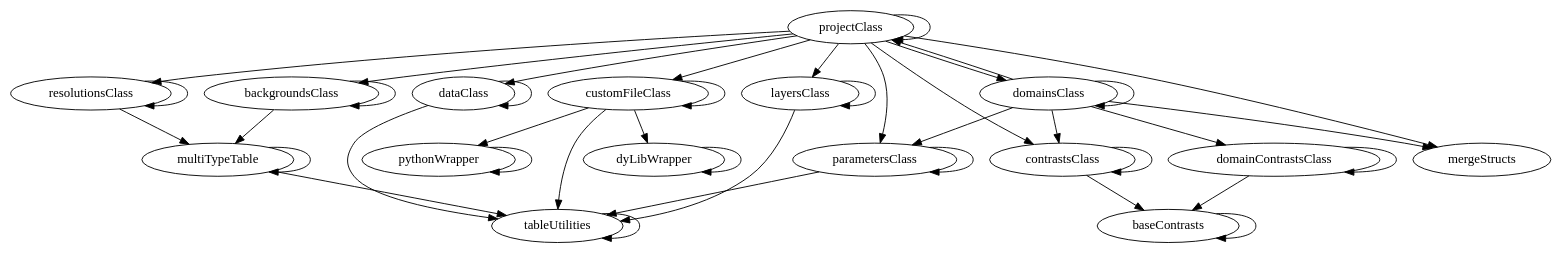
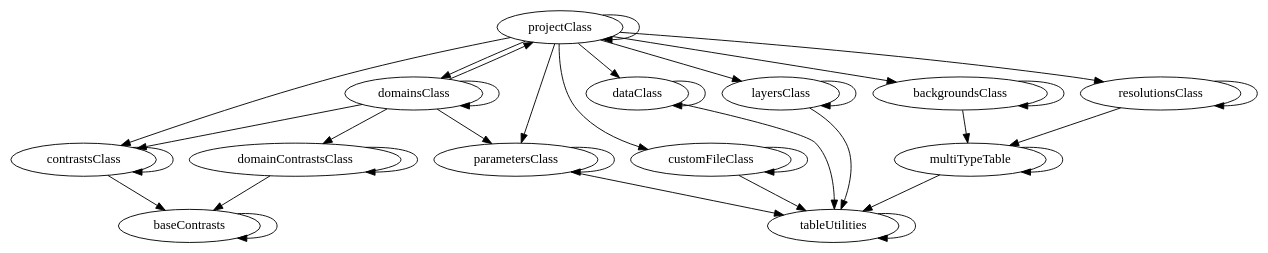
The diagram in master/api_reference/API/projectClass/graph.dot (RascalSoftware/RAT), drawn with Graphviz before and after one commit. The commit also changed 381 other files, not shown here.

```diff
--- a/master/api_reference/API/projectClass/graph.dot
+++ b/master/api_reference/API/projectClass/graph.dot
@@ -1,60 +1,51 @@
 /* Created by mdot for Matlab */
 digraph m2html {
   backgroundsClass -> backgroundsClass;
   backgroundsClass -> multiTypeTable;
   baseContrasts -> baseContrasts;
   contrastsClass -> baseContrasts;
   contrastsClass -> contrastsClass;
   customFileClass -> customFileClass;
-  customFileClass -> dyLibWrapper;
-  customFileClass -> pythonWrapper;
   customFileClass -> tableUtilities;
   dataClass -> dataClass;
   dataClass -> tableUtilities;
   domainContrastsClass -> baseContrasts;
   domainContrastsClass -> domainContrastsClass;
   domainsClass -> contrastsClass;
   domainsClass -> domainContrastsClass;
   domainsClass -> domainsClass;
-  domainsClass -> mergeStructs;
   domainsClass -> parametersClass;
   domainsClass -> projectClass;
-  dyLibWrapper -> dyLibWrapper;
   layersClass -> layersClass;
   layersClass -> tableUtilities;
   multiTypeTable -> multiTypeTable;
   multiTypeTable -> tableUtilities;
   parametersClass -> parametersClass;
   parametersClass -> tableUtilities;
   projectClass -> backgroundsClass;
   projectClass -> contrastsClass;
   projectClass -> customFileClass;
   projectClass -> dataClass;
   projectClass -> domainsClass;
   projectClass -> layersClass;
-  projectClass -> mergeStructs;
   projectClass -> parametersClass;
   projectClass -> projectClass;
   projectClass -> resolutionsClass;
-  pythonWrapper -> pythonWrapper;
   resolutionsClass -> multiTypeTable;
   resolutionsClass -> resolutionsClass;
   tableUtilities -> tableUtilities;
 
   backgroundsClass [URL="backgroundsClass.html"];
   baseContrasts [URL="baseContrasts.html"];
   contrastsClass [URL="contrastsClass.html"];
   customFileClass [URL="customFileClass.html"];
   dataClass [URL="dataClass.html"];
   domainContrastsClass [URL="domainContrastsClass.html"];
   domainsClass [URL="domainsClass.html"];
-  dyLibWrapper [URL="dyLibWrapper.html"];
   layersClass [URL="layersClass.html"];
-  mergeStructs [URL="mergeStructs.html"];
   multiTypeTable [URL="multiTypeTable.html"];
   parametersClass [URL="parametersClass.html"];
   projectClass [URL="projectClass.html"];
-  pythonWrapper [URL="pythonWrapper.html"];
   resolutionsClass [URL="resolutionsClass.html"];
   tableUtilities [URL="tableUtilities.html"];
 }
```
